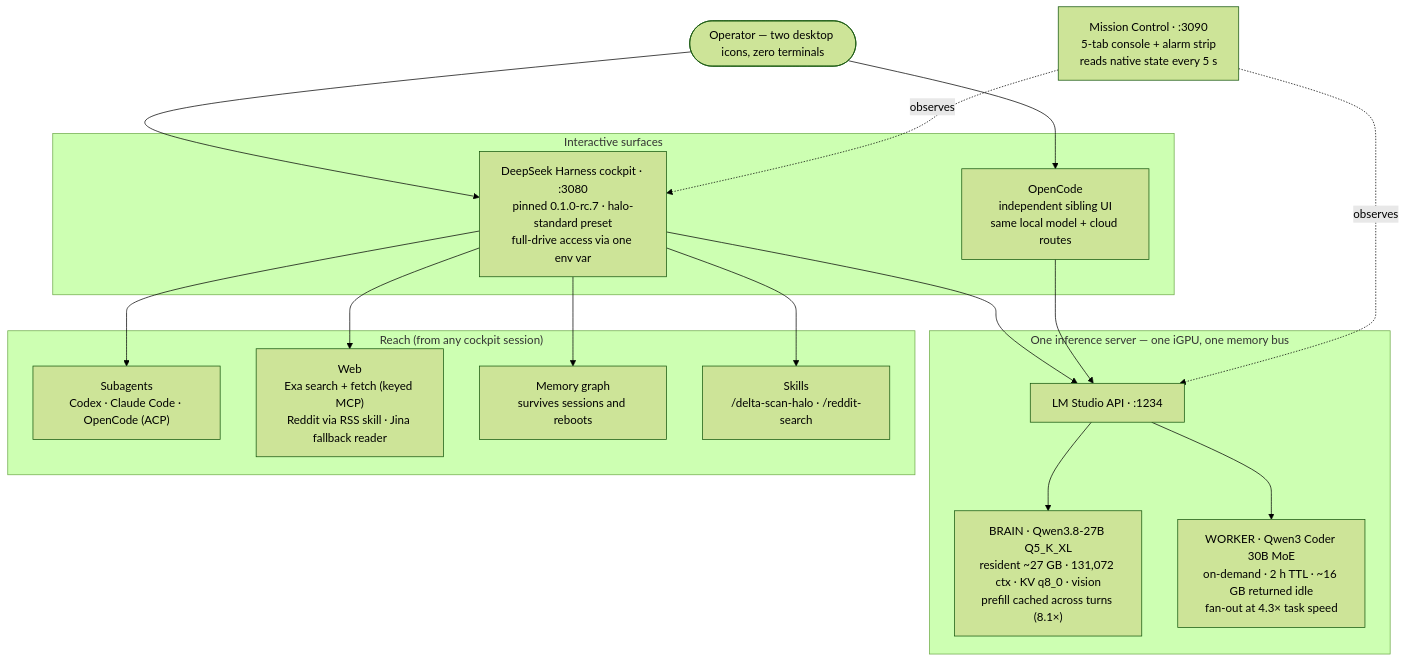
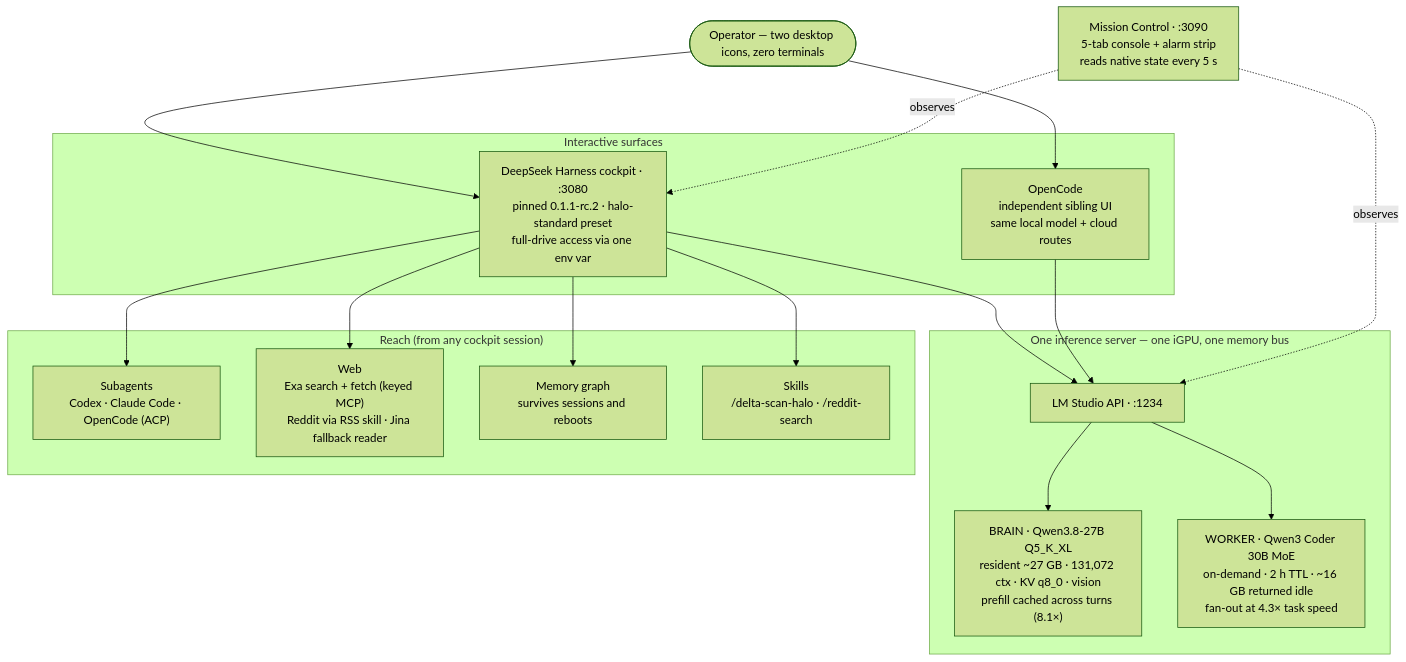
One commit to scottconverse/halo-stack changed the first of 3 diagrams in docs/USER-MANUAL.md. Above: the diagram before and after it, drawn with Mermaid (forest theme). The commit also changed other lines of this file and 8 other files, not shown here.

````diff
--- a/docs/USER-MANUAL.md
+++ b/docs/USER-MANUAL.md
@@ -27,37 +27,37 @@
 ```mermaid
 flowchart TD
     OP(["Operator — two desktop icons, zero terminals"])
 
     OP --> DSH
     OP --> OC
 
     subgraph INTERACTIVE["Interactive surfaces"]
-        DSH["DeepSeek Harness cockpit · :3080<br/>pinned 0.1.0-rc.7 · halo-standard preset<br/>full-drive access via one env var"]
+        DSH["DeepSeek Harness cockpit · :3080<br/>pinned 0.1.1-rc.2 · halo-standard preset<br/>full-drive access via one env var"]
         OC["OpenCode<br/>independent sibling UI<br/>same local model + cloud routes"]
     end
 
     DSH --> LMS
     OC --> LMS
 
     subgraph INFERENCE["One inference server — one iGPU, one memory bus"]
         LMS["LM Studio API · :1234"]
         LMS --> BRAIN["BRAIN · Qwen3.8-27B Q5_K_XL<br/>resident ~27 GB · 131,072 ctx · KV q8_0 · vision<br/>prefill cached across turns (8.1×)"]
         LMS --> WORKER["WORKER · Qwen3 Coder 30B MoE<br/>on-demand · 2 h TTL · ~16 GB returned idle<br/>fan-out at 4.3× task speed"]
     end
 
     subgraph REACH["Reach (from any cockpit session)"]
         SUB["Subagents<br/>Codex · Claude Code · OpenCode (ACP)"]
         WEB["Web<br/>Exa search + fetch (keyed MCP)<br/>Reddit via RSS skill · Jina fallback reader"]
         MEM["Memory graph<br/>survives sessions and reboots"]
         SKILLS["Skills<br/>/delta-scan-halo · /reddit-search"]
     end
 
     DSH --> SUB
     DSH --> WEB
     DSH --> MEM
     DSH --> SKILLS
 
     MC["Mission Control · :3090<br/>5-tab console + alarm strip<br/>reads native state every 5 s"]
     MC -.observes.-> DSH
     MC -.observes.-> LMS
 ```
````
